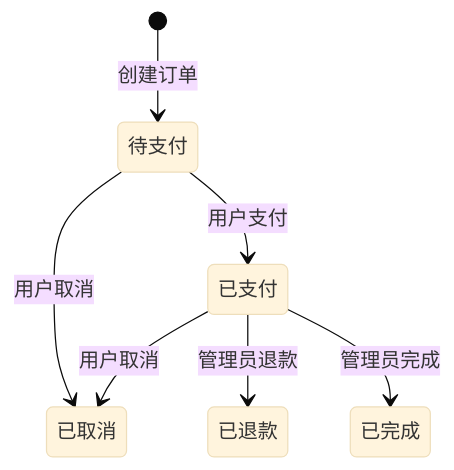
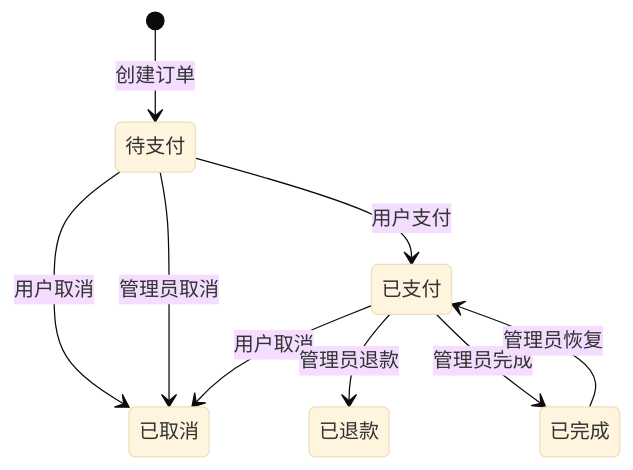
One commit to TheayX/WayTrip changed the fourth of 7 diagrams in .kiro/specs/travel-recommendation-system/design.md. Above: the diagram before and after it, drawn with Mermaid (base theme). The commit also changed other lines of this file and 3 other files, not shown here.

````diff
--- a/.kiro/specs/travel-recommendation-system/design.md
+++ b/.kiro/specs/travel-recommendation-system/design.md
@@ -605,9 +614,11 @@
 ```mermaid
 stateDiagram-v2
     [*] --> 待支付: 创建订单
     待支付 --> 已支付: 用户支付
     待支付 --> 已取消: 用户取消
+    待支付 --> 已取消: 管理员取消
     已支付 --> 已取消: 用户取消
     已支付 --> 已退款: 管理员退款
     已支付 --> 已完成: 管理员完成
+    已完成 --> 已支付: 管理员恢复
 ```
````
